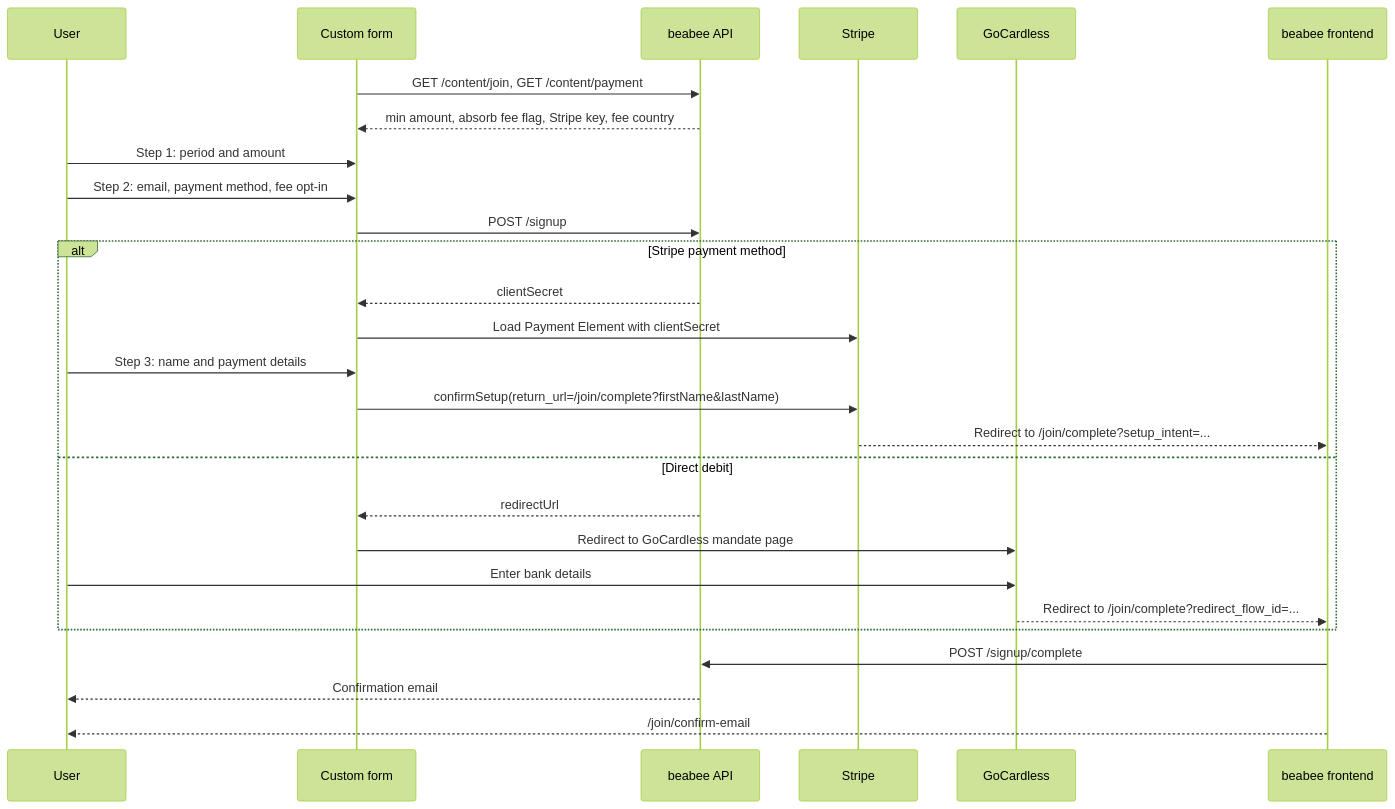
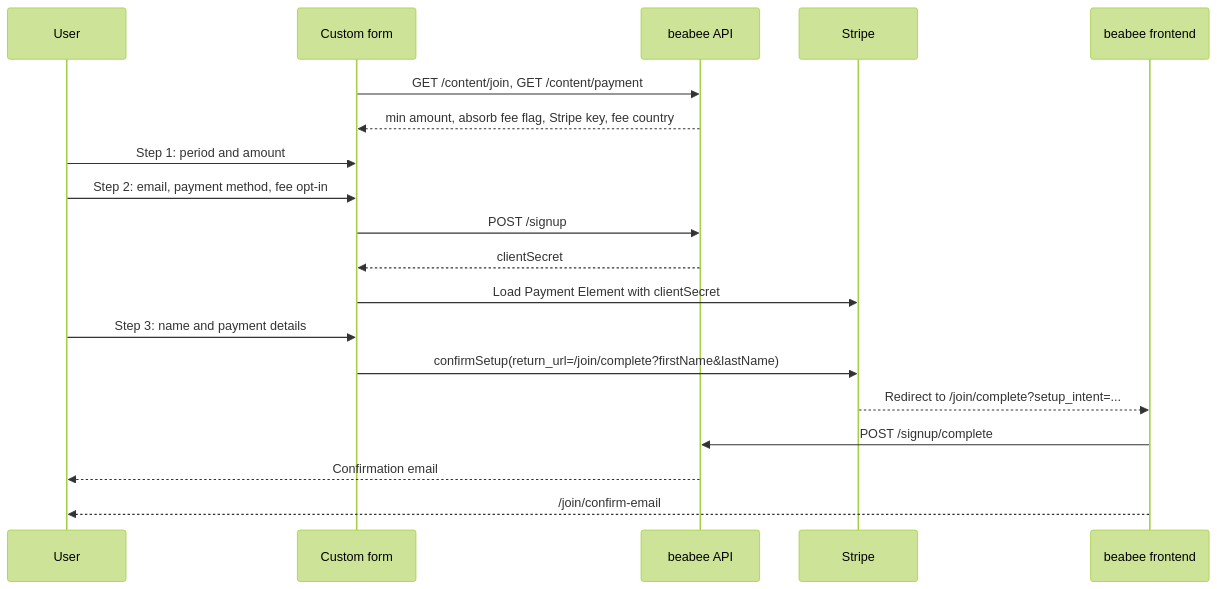
One commit to beabee-communityrm/example-signup-flow changed the first of 2 diagrams in README.md. Above: the diagram before and after it, drawn with Mermaid (forest theme). The commit also changed other lines of this file, not shown here.

First line of the commit message:
Split signup diagram into Stripe and GoCardless paths

````diff
--- a/README.md
+++ b/README.md
@@ -29,31 +35,25 @@
 ```mermaid
 sequenceDiagram
     participant U as User
     participant F as Custom form
     participant API as beabee API
     participant S as Stripe
-    participant GC as GoCardless
     participant FE as beabee frontend
 
     F->>API: GET /content/join, GET /content/payment
     API-->>F: min amount, absorb fee flag, Stripe key, fee country
 
     U->>F: Step 1: period and amount
     U->>F: Step 2: email, payment method, fee opt-in
     F->>API: POST /signup
-    alt Stripe payment method
-        API-->>F: clientSecret
-        F->>S: Load Payment Element with clientSecret
-        U->>F: Step 3: name and payment details
-        F->>S: confirmSetup(return_url=/join/complete?firstName&lastName)
-        S-->>FE: Redirect to /join/complete?setup_intent=...
-    else Direct debit
-        API-->>F: redirectUrl
-        F->>GC: Redirect to GoCardless mandate page
-        U->>GC: Enter bank details
-        GC-->>FE: Redirect to /join/complete?redirect_flow_id=...
-    end
+    API-->>F: clientSecret
+
+    F->>S: Load Payment Element with clientSecret
+    U->>F: Step 3: name and payment details
+    F->>S: confirmSetup(return_url=/join/complete?firstName&lastName)
+    S-->>FE: Redirect to /join/complete?setup_intent=...
+
     FE->>API: POST /signup/complete
     API-->>U: Confirmation email
     FE-->>U: /join/confirm-email
 ```
````
